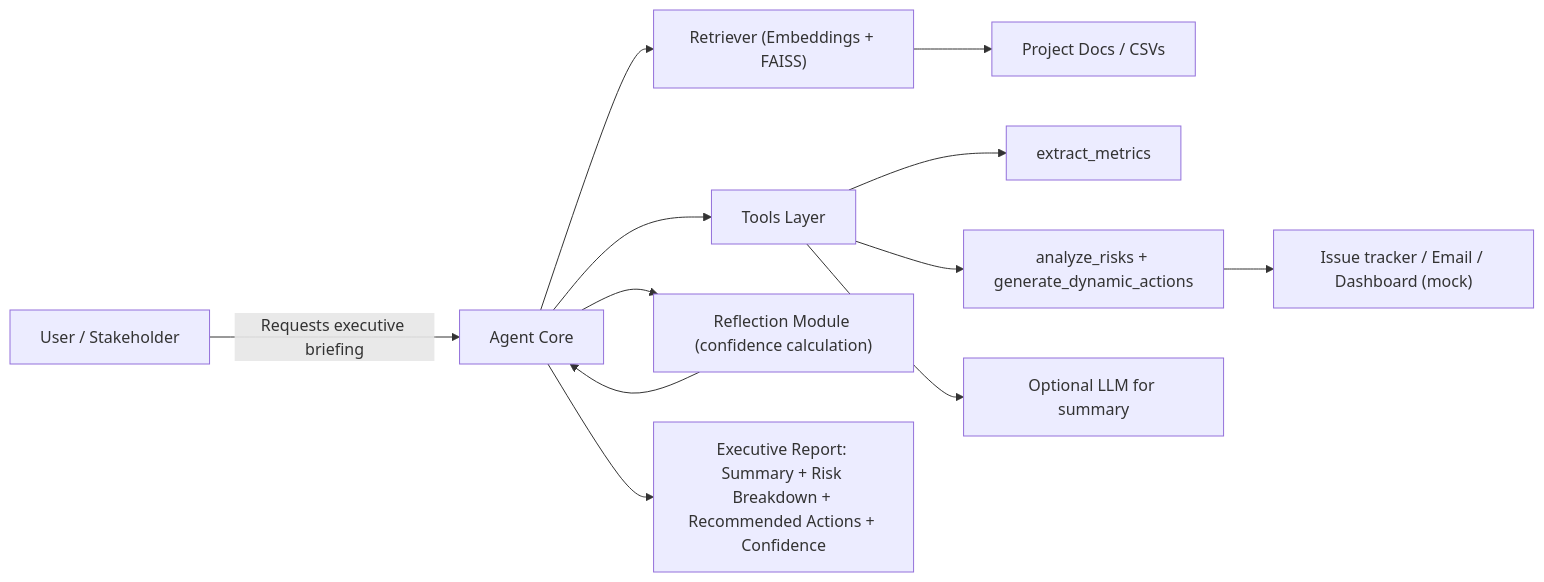
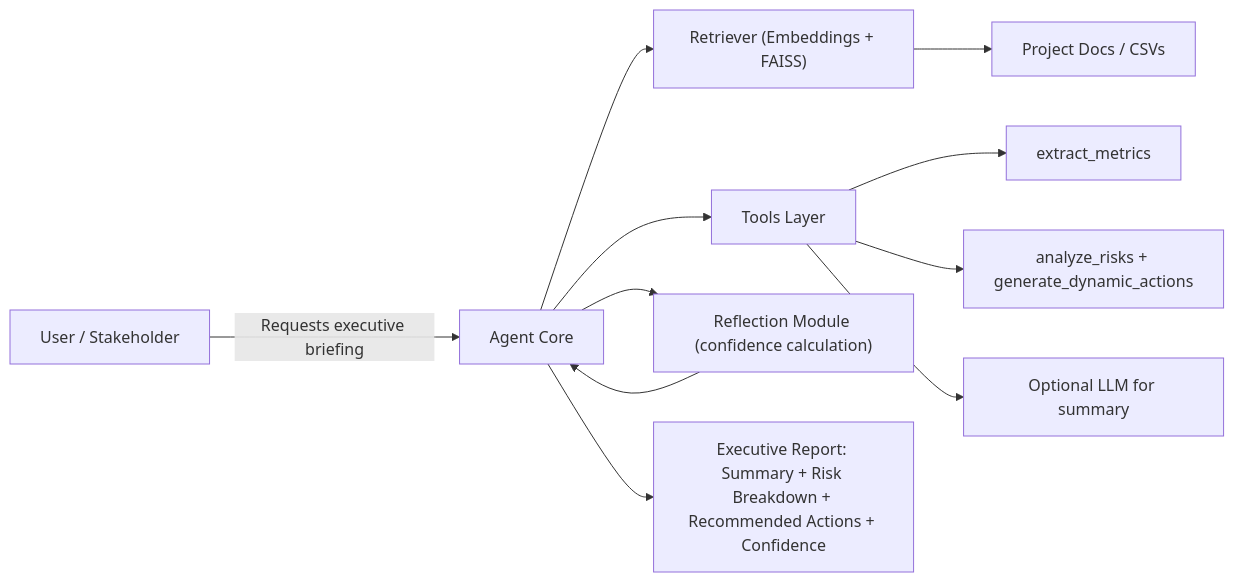
One commit to jonathanovallle/business-briefing-agent changed the diagram in architecture.mmd. Above: the diagram before and after it, drawn with Mermaid.

```diff
--- a/architecture.mmd
+++ b/architecture.mmd
@@ -1,12 +1,11 @@
 flowchart LR
   U["User / Stakeholder"] -->|Requests executive briefing| Agent["Agent Core"]
   Agent --> Retriever["Retriever (Embeddings + FAISS)"]
   Retriever --> DataStore["Project Docs / CSVs"]
   Agent --> Tools["Tools Layer"]
   Tools --> Metrics["extract_metrics"]
   Tools --> RiskActions["analyze_risks + generate_dynamic_actions"]
   Tools --> LLM["Optional LLM for summary"]
-  RiskActions --> External["Issue tracker / Email / Dashboard (mock)"]
   Agent --> Reflection["Reflection Module (confidence calculation)"]
   Reflection --> Agent
   Agent --> Output["Executive Report: Summary + Risk Breakdown + Recommended Actions + Confidence"]
```
